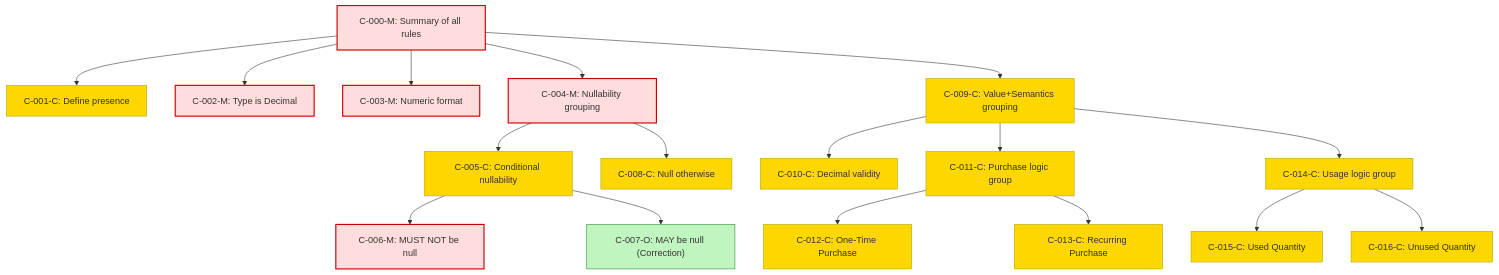
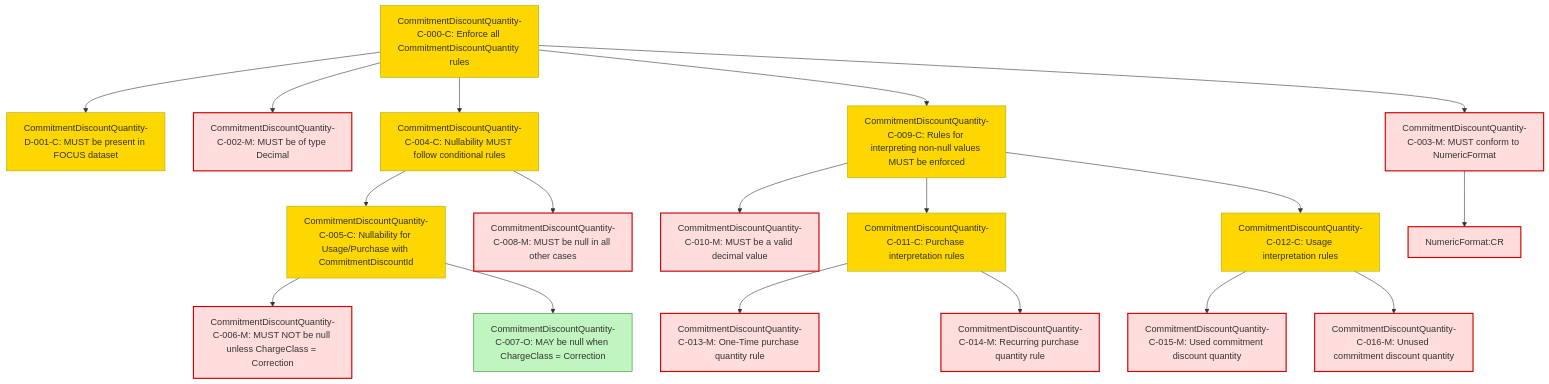
The diagram in specification/conformance/cr-stage1/commitmentdiscountquantity_cr.md (FinOps-Open-Cost-and-Usage-Spec/FOCUS_Spec), drawn with Mermaid before and after one commit. The commit also changed other lines of this file, not shown here.

Commit message:
commitment discount quantity

````diff
--- a/specification/conformance/cr-stage1/commitmentdiscountquantity_cr.md
+++ b/specification/conformance/cr-stage1/commitmentdiscountquantity_cr.md
@@ -28,47 +30,64 @@
 ```mermaid
+
 graph TD
 
 %% Root Composite
-C000["C-000-M: Summary of all rules"]
-C001["C-001-C: Define presence"]
-C002["C-002-M: Type is Decimal"]
-C003["C-003-M: Numeric format"]
-C004["C-004-M: Nullability grouping"]
-C009["C-009-C: Value+Semantics grouping"]
+CDQ000["CommitmentDiscountQuantity-C-000-C: Enforce all CommitmentDiscountQuantity rules"]
+CDQ001["CommitmentDiscountQuantity-D-001-C: MUST be present in FOCUS dataset"]
+CDQ002["CommitmentDiscountQuantity-C-002-M: MUST be of type Decimal"]
+CDQ003["CommitmentDiscountQuantity-C-003-M: MUST conform to NumericFormat"]
+CDQ004["CommitmentDiscountQuantity-C-004-C: Nullability MUST follow conditional rules"]
+CDQ009["CommitmentDiscountQuantity-C-009-C: Rules for interpreting non-null values MUST be enforced"]
 
-%% Nullability Branch
-C004 --> C005["C-005-C: Conditional nullability"]
-C004 --> C008["C-008-C: Null otherwise"]
+%% Nullability Composites
+CDQ004 --> CDQ005
+CDQ004 --> CDQ008
+CDQ005["CommitmentDiscountQuantity-C-005-C: Nullability for Usage/Purchase with CommitmentDiscountId"]
+CDQ008["CommitmentDiscountQuantity-C-008-M: MUST be null in all other cases"]
 
-C005 --> C006["C-006-M: MUST NOT be null"]
-C005 --> C007["C-007-O: MAY be null (Correction)"]
+CDQ005 --> CDQ006
+CDQ005 --> CDQ007
+CDQ006["CommitmentDiscountQuantity-C-006-M: MUST NOT be null unless ChargeClass = Correction"]
+CDQ007["CommitmentDiscountQuantity-C-007-O: MAY be null when ChargeClass = Correction"]
 
-%% Value + Semantics Branch
-C009 --> C010["C-010-C: Decimal validity"]
-C009 --> C011["C-011-C: Purchase logic group"]
-C009 --> C014["C-014-C: Usage logic group"]
+%% Non-null interpretation composite
+CDQ009 --> CDQ010
+CDQ009 --> CDQ011
+CDQ009 --> CDQ012
 
-%% Purchase Sub-branch
-C011 --> C012["C-012-C: One-Time Purchase"]
-C011 --> C013["C-013-C: Recurring Purchase"]
+CDQ010["CommitmentDiscountQuantity-C-010-M: MUST be a valid decimal value"]
 
-%% Usage Sub-branch
-C014 --> C015["C-015-C: Used Quantity"]
-C014 --> C016["C-016-C: Unused Quantity"]
+%% Purchase case
+CDQ011["CommitmentDiscountQuantity-C-011-C: Purchase interpretation rules"]
+CDQ011 --> CDQ013
+CDQ011 --> CDQ014
+CDQ013["CommitmentDiscountQuantity-C-013-M: One-Time purchase quantity rule"]
+CDQ014["CommitmentDiscountQuantity-C-014-M: Recurring purchase quantity rule"]
+
+%% Usage case
+CDQ012["CommitmentDiscountQuantity-C-012-C: Usage interpretation rules"]
+CDQ012 --> CDQ015
+CDQ012 --> CDQ016
+CDQ015["CommitmentDiscountQuantity-C-015-M: Used commitment discount quantity"]
+CDQ016["CommitmentDiscountQuantity-C-016-M: Unused commitment discount quantity"]
 
 %% Root connections
-C000 --> C001
-C000 --> C002
-C000 --> C003
-C000 --> C004
-C000 --> C009
+CDQ000 --> CDQ001
+CDQ000 --> CDQ002
+CDQ000 --> CDQ003
+CDQ000 --> CDQ004
+CDQ000 --> CDQ009
+
+%% External attribute rule
+CDQ003 --> NF["NumericFormat:CR"]
 
 %% Styling by Rule Type
 classDef mandatory fill:#fdd,stroke:#c00,stroke-width:2px;
 classDef conditional fill:#ffd700,stroke:#aa0,stroke-width:1px;
 classDef optional fill:#c0f5c0,stroke:#2c8c2c,stroke-width:1px;
 
-class C000,C002,C003,C004,C006 mandatory;
-class C001,C005,C008,C009,C010,C011,C012,C013,C014,C015,C016 conditional;
-class C007 optional;
+class CDQ002,CDQ003,CDQ006,CDQ008,CDQ010,CDQ013,CDQ014,CDQ015,CDQ016 mandatory;
+class CDQ000,CDQ001,CDQ004,CDQ005,CDQ009,CDQ011,CDQ012 conditional;
+class CDQ007 optional;
+class NF mandatory;
 ```
````
